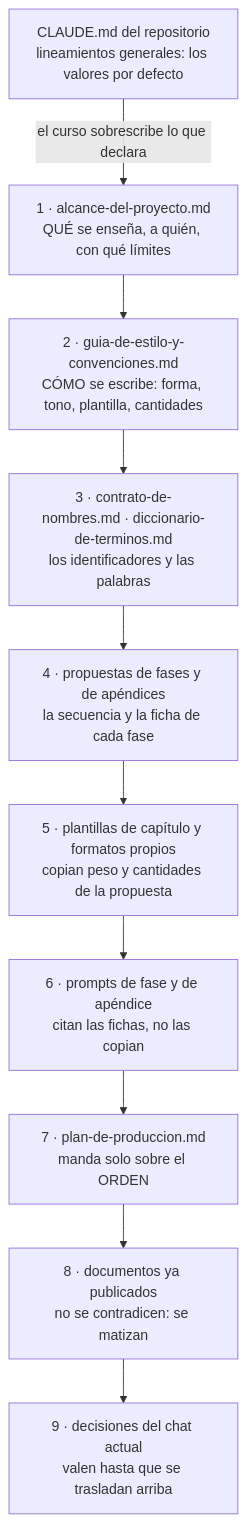
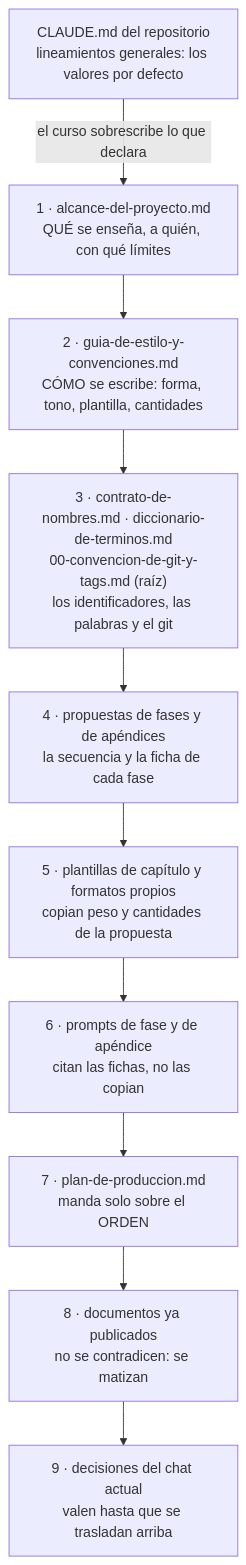
One commit to oskar-raul-dev/courses-ai-generated changed the third of 3 diagrams in zz-instrucciones/00-workflow-de-un-curso.md. Above: the diagram before and after it, drawn with Mermaid. The commit also changed other lines of this file and 32 other files, not shown here.

````diff
--- a/zz-instrucciones/00-workflow-de-un-curso.md
+++ b/zz-instrucciones/00-workflow-de-un-curso.md
@@ -334,16 +341,16 @@
 ```mermaid
 flowchart TD
     CL["CLAUDE.md del repositorio<br/>lineamientos generales: los valores por defecto"]
     AL["1 · alcance-del-proyecto.md<br/>QUÉ se enseña, a quién, con qué límites"]
     GU["2 · guia-de-estilo-y-convenciones.md<br/>CÓMO se escribe: forma, tono, plantilla, cantidades"]
-    NO["3 · contrato-de-nombres.md · diccionario-de-terminos.md<br/>los identificadores y las palabras"]
+    NO["3 · contrato-de-nombres.md · diccionario-de-terminos.md<br/>00-convencion-de-git-y-tags.md (raíz)<br/>los identificadores, las palabras y el git"]
     PR["4 · propuestas de fases y de apéndices<br/>la secuencia y la ficha de cada fase"]
     PL["5 · plantillas de capítulo y formatos propios<br/>copian peso y cantidades de la propuesta"]
     PF["6 · prompts de fase y de apéndice<br/>citan las fichas, no las copian"]
     PP["7 · plan-de-produccion.md<br/>manda solo sobre el ORDEN"]
     PU["8 · documentos ya publicados<br/>no se contradicen: se matizan"]
     CH["9 · decisiones del chat actual<br/>valen hasta que se trasladan arriba"]
 
     CL -- "el curso sobrescribe lo que declara" --> AL
     AL --> GU --> NO --> PR --> PL --> PF --> PP --> PU --> CH
 ```
````
